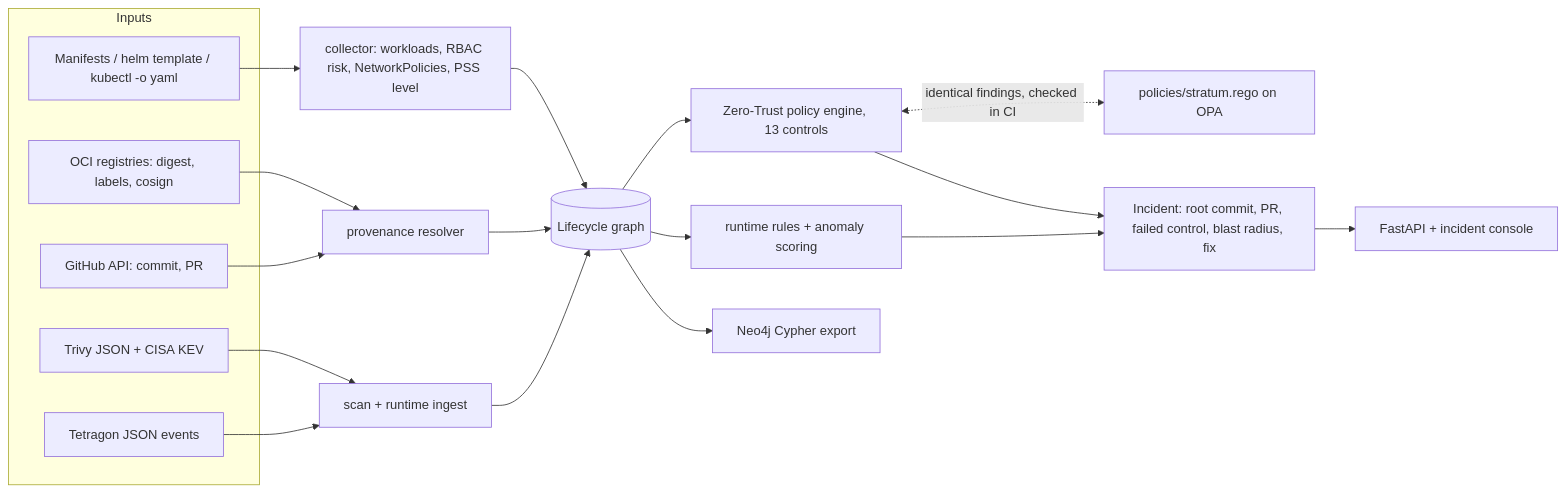
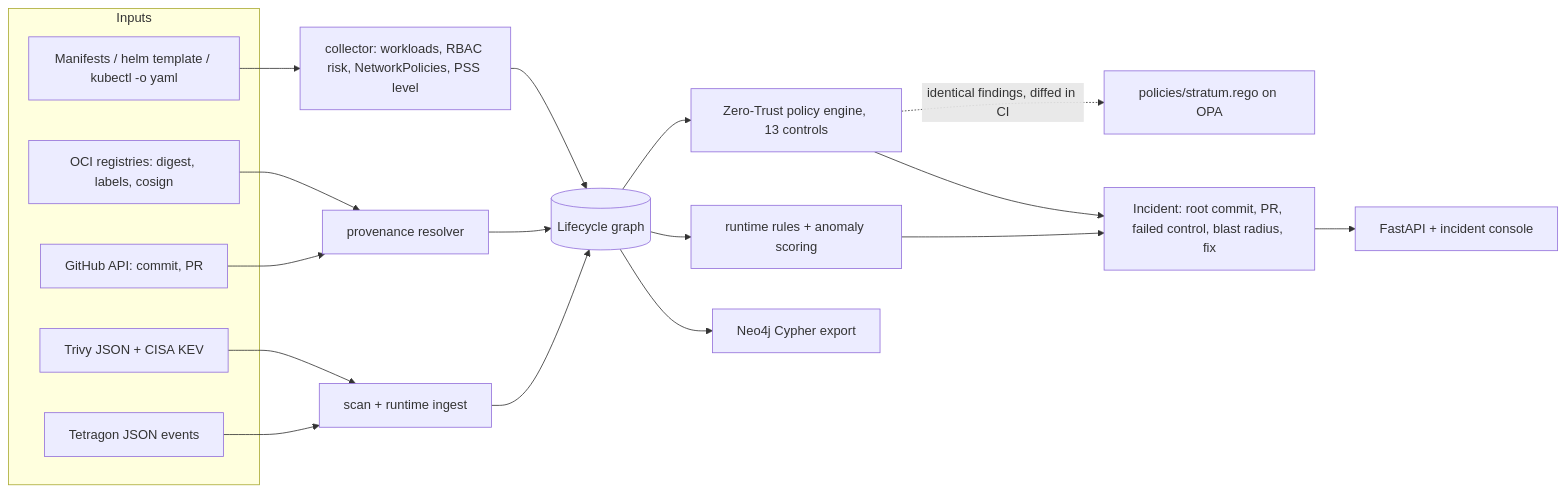
Before and after one commit to rakshit-737/stratum: the diagram in README.md, drawn with Mermaid. The commit also changed 1 other file, not shown here.

Commit message:
docs: use portable mermaid edge syntax

````diff
--- a/README.md
+++ b/README.md
@@ -46,25 +46,25 @@
 ```mermaid
 flowchart LR
   subgraph Inputs
     MAN[Manifests / helm template / kubectl -o yaml]
     REG[OCI registries: digest, labels, cosign]
     GH[GitHub API: commit, PR]
     TRV[Trivy JSON + CISA KEV]
     TET[Tetragon JSON events]
   end
   MAN --> K8S[collector: workloads, RBAC risk, NetworkPolicies, PSS level]
   REG --> PROV[provenance resolver]
   GH --> PROV
   TRV --> ING[scan + runtime ingest]
   TET --> ING
   K8S --> G[(Lifecycle graph)]
   PROV --> G
   ING --> G
   G --> POL[Zero-Trust policy engine, 13 controls]
-  POL <-. identical findings, checked in CI .-> REGO[policies/stratum.rego on OPA]
+  POL -. identical findings, diffed in CI .-> REGO[policies/stratum.rego on OPA]
   G --> DET[runtime rules + anomaly scoring]
   DET --> INC[Incident: root commit, PR, failed control, blast radius, fix]
   POL --> INC
   INC --> UI[FastAPI + incident console]
   G --> NEO[Neo4j Cypher export]
 ```
````
